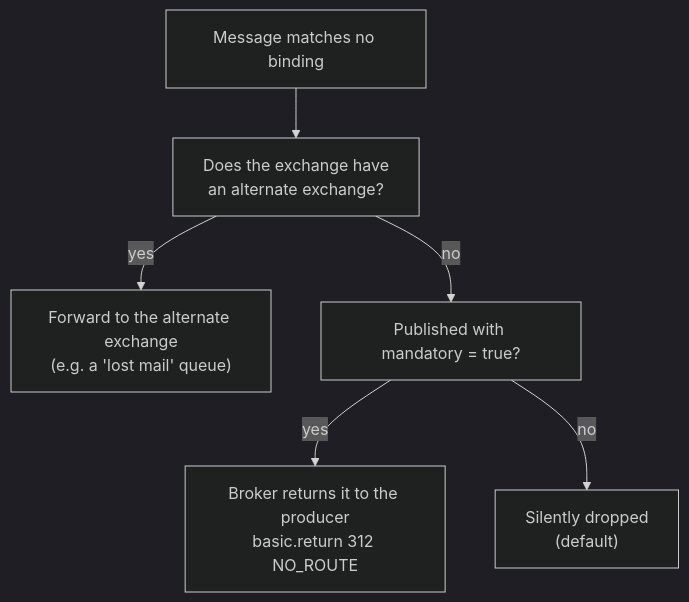
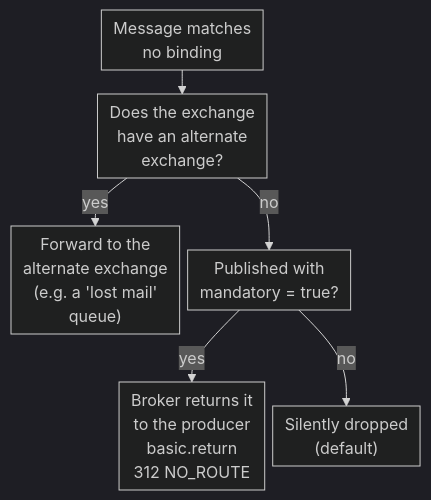
Before and after one commit to duongbui234/software-engineering-atlas: the third of 3 diagrams in content/en/posts/2026-11-21-rabbitmq-exchanges.md, drawn with Mermaid (dark theme). The commit also changed other lines of this file and 134 other files, not shown here.

First line of the commit message:
Fit every Mermaid diagram at 390px without sideways scroll (#56)

````diff
--- a/content/en/posts/2026-11-21-rabbitmq-exchanges.md
+++ b/content/en/posts/2026-11-21-rabbitmq-exchanges.md
@@ -206,8 +208,9 @@
 ```mermaid
+%%{init: {"flowchart": {"nodeSpacing": 8, "rankSpacing": 24, "padding": 6}}}%%
 flowchart TB
-    M["Message matches no binding"] --> A["Does the exchange have<br/>an alternate exchange?"]
-    A -->|"yes"| AE["Forward to the alternate exchange<br/>(e.g. a 'lost mail' queue)"]
-    A -->|"no"| B["Published with mandatory = true?"]
-    B -->|"yes"| R["Broker returns it to the producer<br/>basic.return 312 NO_ROUTE"]
+    M["Message matches<br/>no binding"] --> A["Does the exchange<br/>have an alternate<br/>exchange?"]
+    A -->|"yes"| AE["Forward to the<br/>alternate exchange<br/>(e.g. a 'lost mail'<br/>queue)"]
+    A -->|"no"| B["Published with<br/>mandatory = true?"]
+    B -->|"yes"| R["Broker returns it<br/>to the producer<br/>basic.return<br/>312 NO_ROUTE"]
     B -->|"no"| X["Silently dropped<br/>(default)"]
 ```
````
